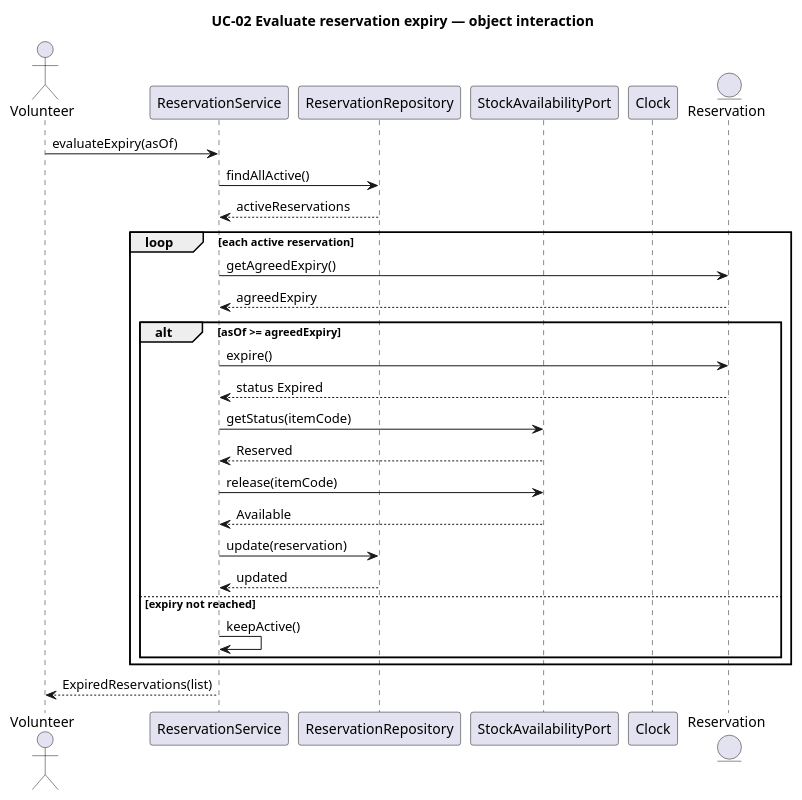
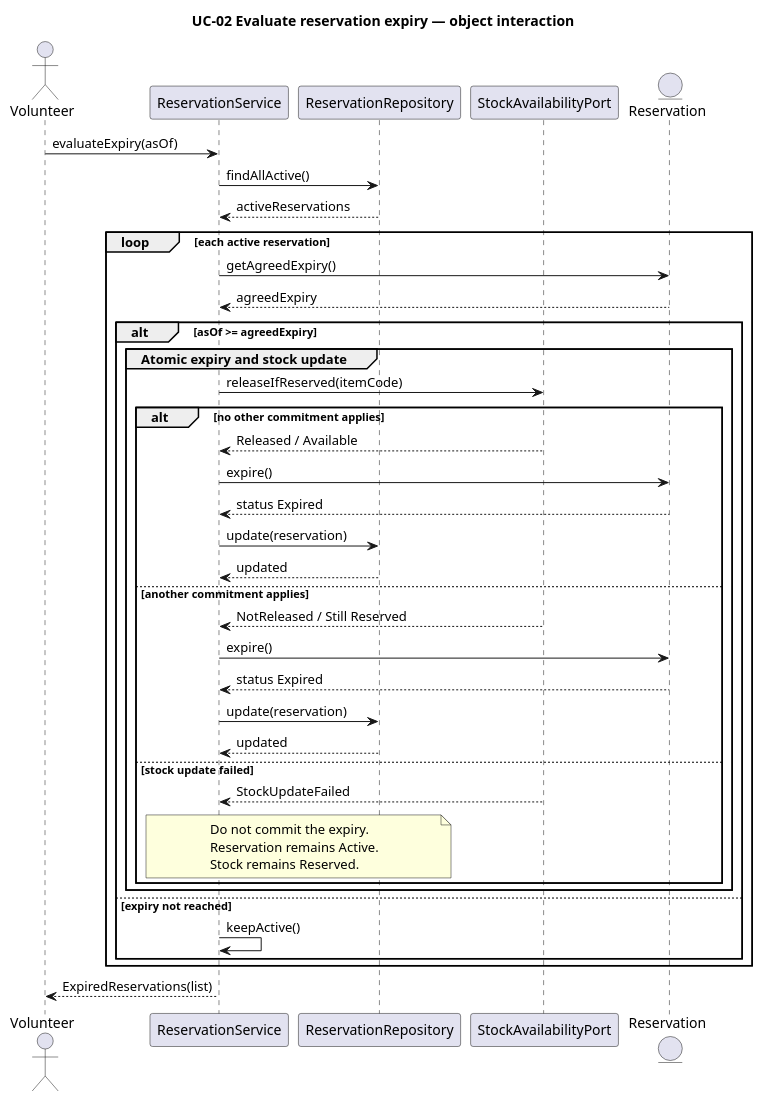
The diagram in ca2-analysis/slices/slice-1/sequence/Expiry-evaluation.puml (Mykola-Rubliuk/LocalCraftMarketplace), drawn with PlantUML before and after one commit. The commit also changed other lines of this file and 8 other files, not shown here.

```diff
--- a/ca2-analysis/slices/slice-1/sequence/Expiry-evaluation.puml
+++ b/ca2-analysis/slices/slice-1/sequence/Expiry-evaluation.puml
@@ -1,40 +2,66 @@
 @startuml
 
 title UC-02 Evaluate reservation expiry — object interaction
 
 actor Volunteer
 participant ReservationService
 participant ReservationRepository as Repo
 participant StockAvailabilityPort as Stock
-participant Clock
 entity Reservation
 
 Volunteer -> ReservationService: evaluateExpiry(asOf)
 
 ReservationService -> Repo: findAllActive()
 Repo --> ReservationService: activeReservations
 
 loop each active reservation
-  ReservationService -> Reservation: getAgreedExpiry()
-  Reservation --> ReservationService: agreedExpiry
 
-  alt asOf >= agreedExpiry
-    ReservationService -> Reservation: expire()
-    Reservation --> ReservationService: status Expired
+    ReservationService -> Reservation: getAgreedExpiry()
+    Reservation --> ReservationService: agreedExpiry
 
-    ReservationService -> Stock: getStatus(itemCode)
-    Stock --> ReservationService: Reserved
+    alt asOf >= agreedExpiry
 
-    ReservationService -> Stock: release(itemCode)
-    Stock --> ReservationService: Available
+        group Atomic expiry and stock update
 
-    ReservationService -> Repo: update(reservation)
-    Repo --> ReservationService: updated
-  else expiry not reached
-    ReservationService -> ReservationService: keepActive()
-  end
+            ReservationService -> Stock: releaseIfReserved(itemCode)
+
+            alt no other commitment applies
+                Stock --> ReservationService: Released / Available
+
+                ReservationService -> Reservation: expire()
+                Reservation --> ReservationService: status Expired
+
+                ReservationService -> Repo: update(reservation)
+                Repo --> ReservationService: updated
+
+            else another commitment applies
+                Stock --> ReservationService: NotReleased / Still Reserved
+
+                ReservationService -> Reservation: expire()
+                Reservation --> ReservationService: status Expired
+
+                ReservationService -> Repo: update(reservation)
+                Repo --> ReservationService: updated
+
+            else stock update failed
+                Stock --> ReservationService: StockUpdateFailed
+
+                note over ReservationService, Repo
+                    Do not commit the expiry.
+                    Reservation remains Active.
+                    Stock remains Reserved.
+                end note
+
+            end
+
+        end
+
+    else expiry not reached
+        ReservationService -> ReservationService: keepActive()
+    end
+
 end
 
 ReservationService --> Volunteer: ExpiredReservations(list)
 
 @enduml
```
